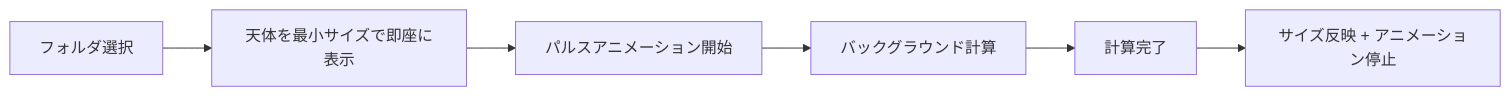
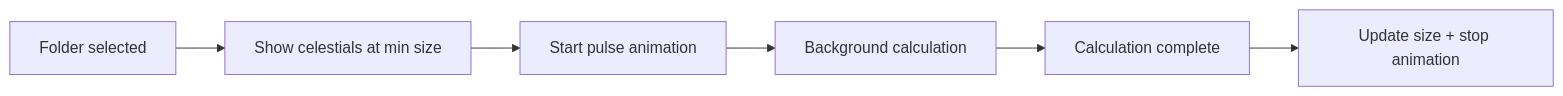
The second of 2 diagrams in docs/requirements/size-calculation.md (CLOSM-org/closm-probe), drawn with Mermaid before and after one commit. The commit also changed other lines of this file and 2 other files, not shown here.

First line of the commit message:
feat: Refactor size calculation system and enhance platform-specific implementations

````diff
--- a/docs/requirements/size-calculation.md
+++ b/docs/requirements/size-calculation.md
@@ -80,8 +51,8 @@
 ```mermaid
 flowchart LR
-    A["フォルダ選択"] --> B["天体を最小サイズで即座に表示"]
-    B --> C["パルスアニメーション開始"]
-    C --> D["バックグラウンド計算"]
-    D --> E["計算完了"]
-    E --> F["サイズ反映 + アニメーション停止"]
+    A["Folder selected"] --> B["Show celestials at min size"]
+    B --> C["Start pulse animation"]
+    C --> D["Background calculation"]
+    D --> E["Calculation complete"]
+    E --> F["Update size + stop animation"]
 ```
````
